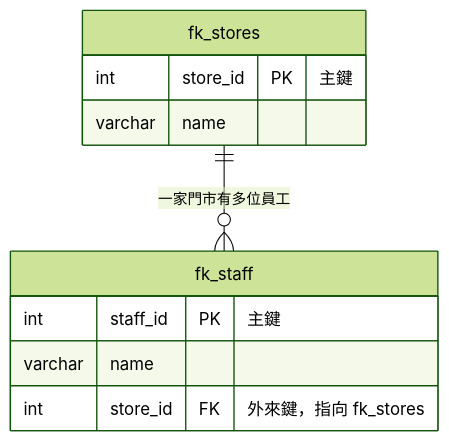
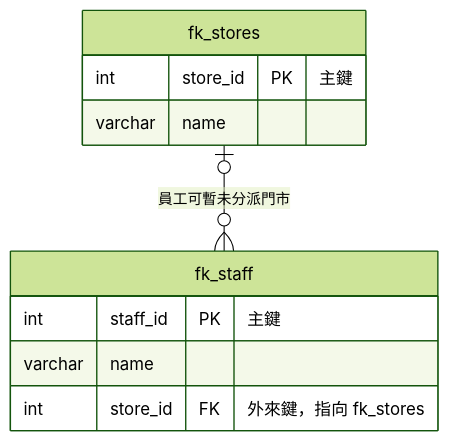
The diagram in SQL語法教學/7_0FOREIGN_KEY.md (roberthsu2003/postgreSQL_MCP), drawn with Mermaid (forest theme) before and after one commit. The commit also changed other lines of this file and 57 other files, not shown here.

````diff
--- a/SQL語法教學/7_0FOREIGN_KEY.md
+++ b/SQL語法教學/7_0FOREIGN_KEY.md
@@ -13,13 +36,13 @@
 ```mermaid
 erDiagram
-    fk_stores ||--o{ fk_staff : "一家門市有多位員工"
+    fk_stores |o--o{ fk_staff : "員工可暫未分派門市"
     fk_stores {
         int store_id PK "主鍵"
         varchar name
     }
     fk_staff {
         int staff_id PK "主鍵"
         varchar name
         int store_id FK "外來鍵，指向 fk_stores"
     }
 ```
````
